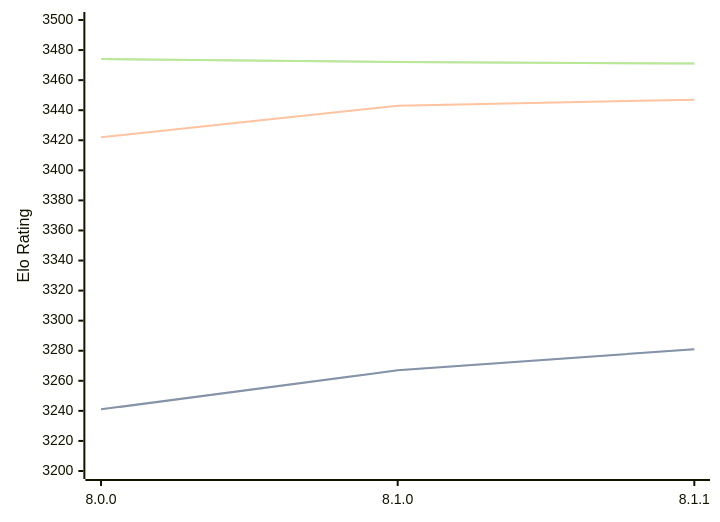
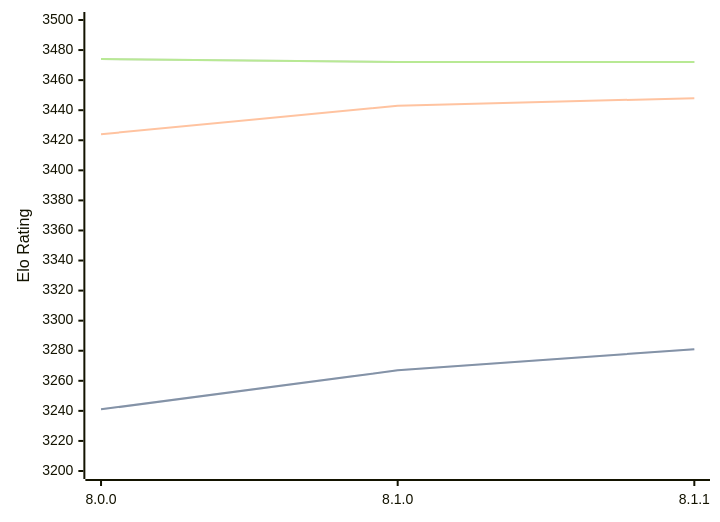
One commit to computer-chess-index/cci changed the diagram in engines/Velvet.md. Above: the diagram before and after it, drawn with Mermaid. The commit also changed other lines of this file, not shown here.

Commit message:
Update CCI Ratings (ELO VLTC) - 2026-08-30

````diff
--- a/engines/Velvet.md
+++ b/engines/Velvet.md
@@ -33,11 +33,11 @@
 ```mermaid
 %%{init: {"theme":"base","themeVariables":{"seriesColors:['#a3a3a3','#222221','#faa371']}}}%%
 xychart-beta
   x-axis ["8.0.0", "8.1.0", "8.1.1"]
   y-axis "Elo Rating" 3200 --> 3500
   line "" [3241, 3267, 3281]
   line "STC (8.0+0.08s)" [3241, 3267, 3281]
-  line "LTC (60.0+0.60s)" [3422, 3443, 3447]
-  line "" [3474, 3472, 3471]
-  line "VLTC (2m24s+1.12s)" [3474, 3472, 3471]
+  line "LTC (60.0+0.60s)" [3424, 3443, 3448]
+  line "" [3474, 3472, 3472]
+  line "VLTC (2m24s+1.12s)" [3474, 3472, 3472]
 ```
````
